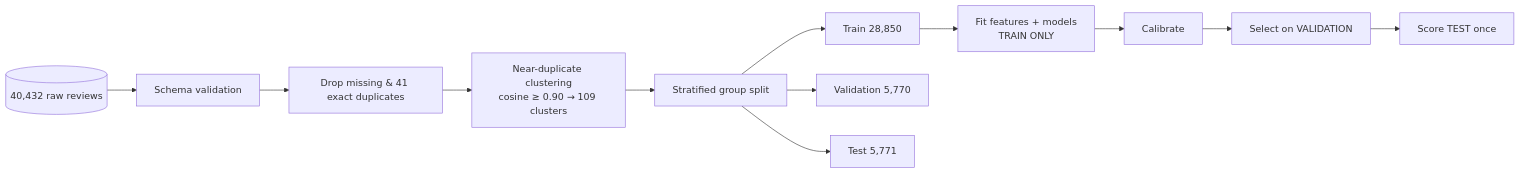
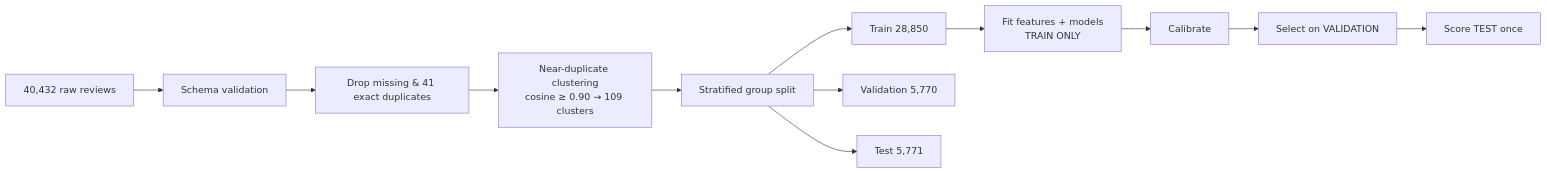
The second of 3 diagrams in README.md (Gannina-SriMadhav/Fake-Review-Detection-System), drawn with Mermaid before and after one commit. The commit also changed other lines of this file, not shown here.

Commit message:
Fix Mermaid diagrams: quote node labels

````diff
--- a/README.md
+++ b/README.md
@@ -112,7 +112,7 @@
 ```mermaid
 flowchart LR
-  CSV[(40,432 raw reviews)] --> V[Schema validation] --> D[Drop missing & 41 exact duplicates]
-  D --> N[Near-duplicate clustering<br/>cosine ≥ 0.90 → 109 clusters] --> S[Stratified group split]
-  S --> TR[Train 28,850] & VA[Validation 5,770] & TE[Test 5,771]
-  TR --> F[Fit features + models<br/>TRAIN ONLY] --> CAL[Calibrate] --> SEL[Select on VALIDATION] --> REP[Score TEST once]
+  CSV["40,432 raw reviews"] --> V["Schema validation"] --> D["Drop missing & 41 exact duplicates"]
+  D --> N["Near-duplicate clustering<br/>cosine ≥ 0.90 → 109 clusters"] --> S["Stratified group split"]
+  S --> TR["Train 28,850"] & VA["Validation 5,770"] & TE["Test 5,771"]
+  TR --> F["Fit features + models<br/>TRAIN ONLY"] --> CAL["Calibrate"] --> SEL["Select on VALIDATION"] --> REP["Score TEST once"]
 ```
````
